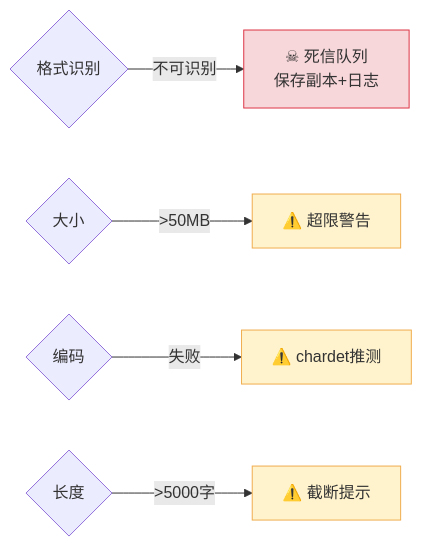
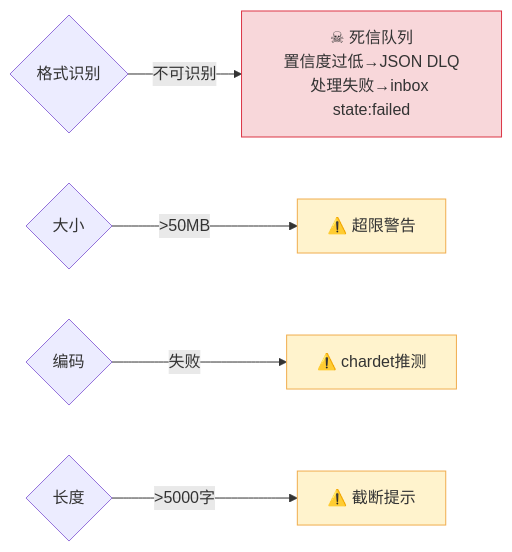
Before and after one commit to shiyao222333-afk/kb-query-engine: the fourth of 4 diagrams in FLOWCHART.md, drawn with Mermaid. The commit also changed other lines of this file and 7 other files, not shown here.

````diff
--- a/FLOWCHART.md
+++ b/FLOWCHART.md
@@ -236,12 +243,12 @@
 ```mermaid
 flowchart LR
-    N2{格式识别} -->|不可识别| DL[☠ 死信队列<br/>保存副本+日志]
+    N2{格式识别} -->|不可识别| DL[☠ 死信队列<br/>置信度过低→JSON DLQ<br/>处理失败→inbox state:failed]
     C1{大小} -->|>50MB| W1[⚠️ 超限警告]
     C3{编码} -->|失败| W2[⚠️ chardet推测]
     N5{长度} -->|>5000字| W3[⚠️ 截断提示]
 
     style DL fill:#f8d7da,stroke:#dc3545
     style W1 fill:#fff3cd,stroke:#f0ad4e
     style W2 fill:#fff3cd,stroke:#f0ad4e
     style W3 fill:#fff3cd,stroke:#f0ad4e
 ```
````
